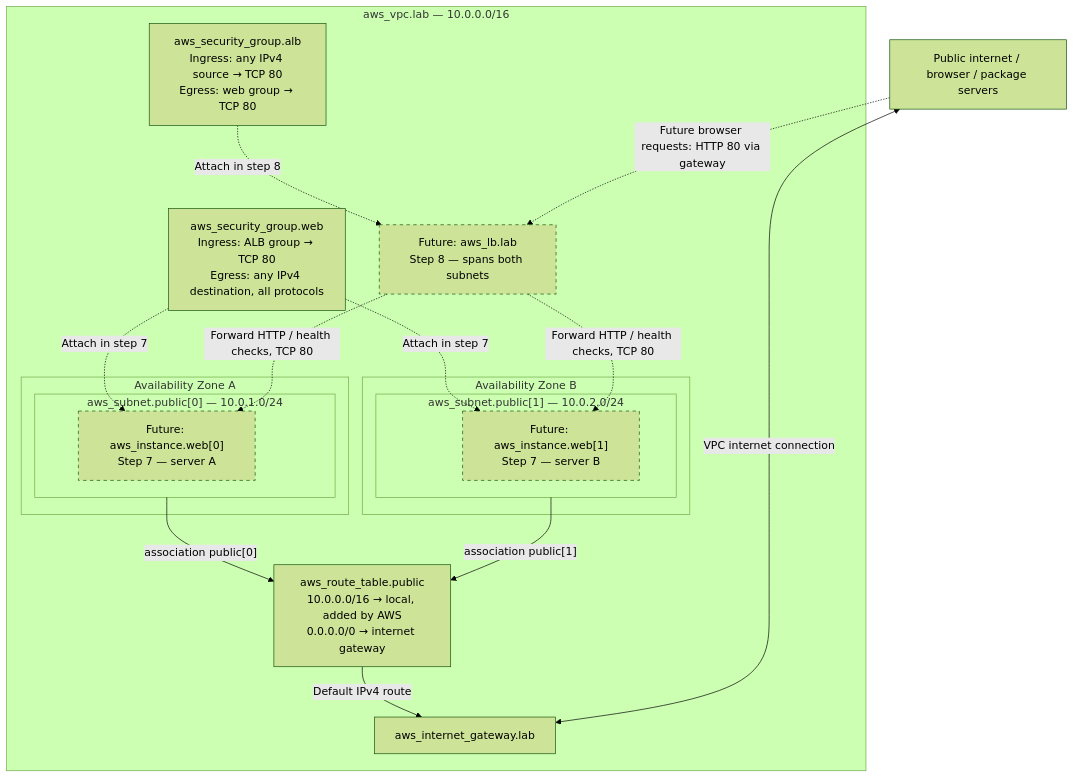
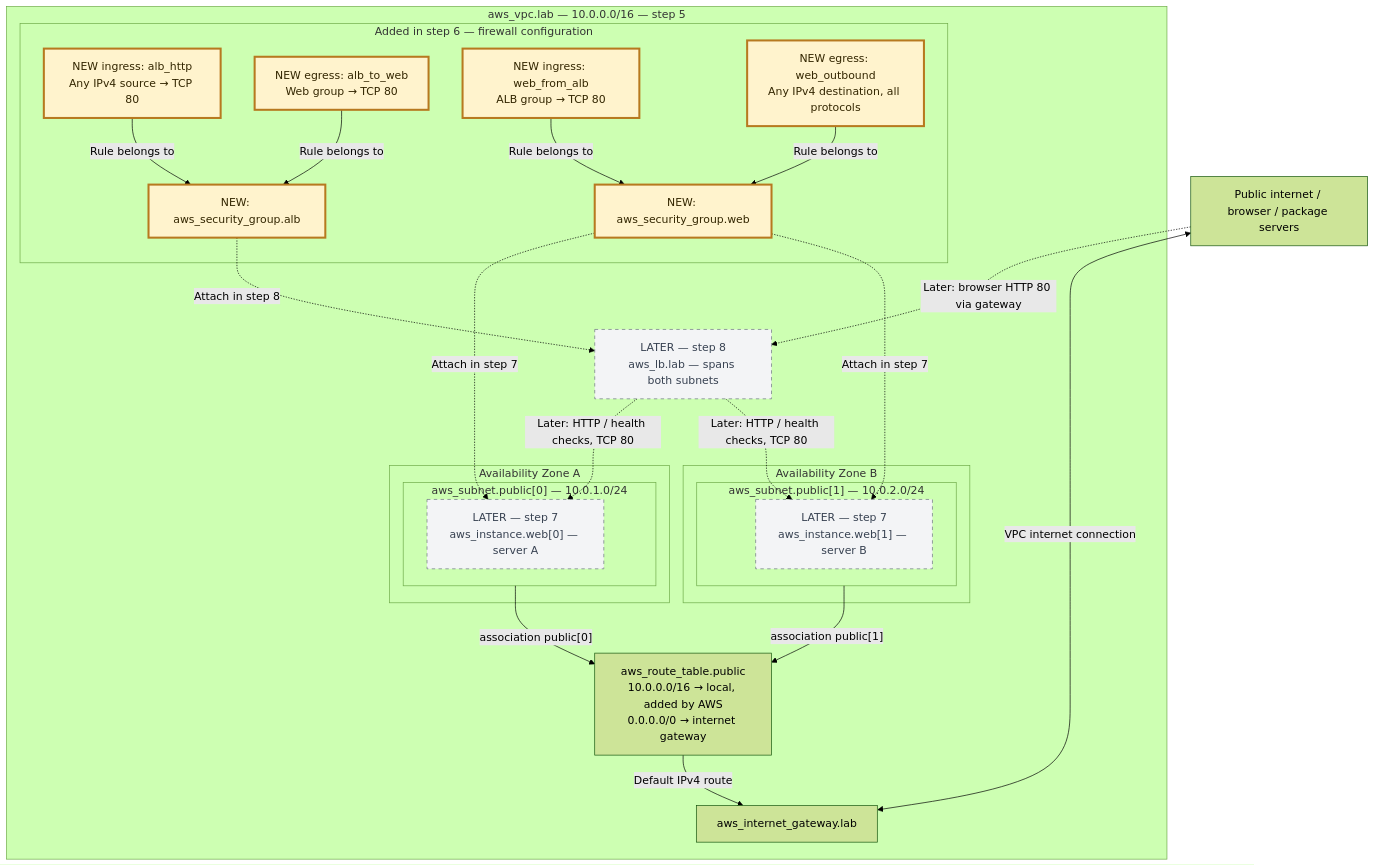
Before and after one commit to tfung/terraform-alb-lab: the fifth of 5 diagrams in INSTRUCTIONS.md, drawn with Mermaid (forest theme). The commit also changed other lines of this file, not shown here.

Commit message:
docs: highlight new security resources in architecture diagram

````diff
--- a/INSTRUCTIONS.md
+++ b/INSTRUCTIONS.md
@@ -366,33 +368,45 @@
 ```mermaid
 flowchart TB
     INTERNET["Public internet / browser / package servers"]
-    subgraph VPC["aws_vpc.lab — 10.0.0.0/16"]
+    subgraph VPC["aws_vpc.lab — 10.0.0.0/16 — step 5"]
         IGW["aws_internet_gateway.lab"]
         RT["aws_route_table.public<br/>10.0.0.0/16 → local, added by AWS<br/>0.0.0.0/0 → internet gateway"]
         subgraph AZ0["Availability Zone A"]
             subgraph SUB0["aws_subnet.public[0] — 10.0.1.0/24"]
-                EC0["Future: aws_instance.web[0]<br/>Step 7 — server A"]
+                EC0["LATER — step 7<br/>aws_instance.web[0] — server A"]
             end
         end
         subgraph AZ1["Availability Zone B"]
             subgraph SUB1["aws_subnet.public[1] — 10.0.2.0/24"]
-                EC1["Future: aws_instance.web[1]<br/>Step 7 — server B"]
+                EC1["LATER — step 7<br/>aws_instance.web[1] — server B"]
             end
         end
-        ALB["Future: aws_lb.lab<br/>Step 8 — spans both subnets"]
-        ALBSG["aws_security_group.alb<br/>Ingress: any IPv4 source → TCP 80<br/>Egress: web group → TCP 80"]
-        WEBSG["aws_security_group.web<br/>Ingress: ALB group → TCP 80<br/>Egress: any IPv4 destination, all protocols"]
+        ALB["LATER — step 8<br/>aws_lb.lab — spans both subnets"]
+        subgraph NEW["Added in step 6 — firewall configuration"]
+            ALBSG["NEW: aws_security_group.alb"]
+            WEBSG["NEW: aws_security_group.web"]
+            HTTP["NEW ingress: alb_http<br/>Any IPv4 source → TCP 80"]
+            ALBOUT["NEW egress: alb_to_web<br/>Web group → TCP 80"]
+            WEBIN["NEW ingress: web_from_alb<br/>ALB group → TCP 80"]
+            WEBOUT["NEW egress: web_outbound<br/>Any IPv4 destination, all protocols"]
+            HTTP -->|"Rule belongs to"| ALBSG
+            ALBOUT -->|"Rule belongs to"| ALBSG
+            WEBIN -->|"Rule belongs to"| WEBSG
+            WEBOUT -->|"Rule belongs to"| WEBSG
+        end
         SUB0 -->|"association public[0]"| RT
         SUB1 -->|"association public[1]"| RT
         RT -->|"Default IPv4 route"| IGW
         ALBSG -.->|"Attach in step 8"| ALB
         WEBSG -.->|"Attach in step 7"| EC0
         WEBSG -.->|"Attach in step 7"| EC1
-        ALB -.->|"Forward HTTP / health checks, TCP 80"| EC0
-        ALB -.->|"Forward HTTP / health checks, TCP 80"| EC1
+        ALB -.->|"Later: HTTP / health checks, TCP 80"| EC0
+        ALB -.->|"Later: HTTP / health checks, TCP 80"| EC1
     end
     IGW <-->|"VPC internet connection"| INTERNET
-    INTERNET -.->|"Future browser requests: HTTP 80 via gateway"| ALB
-    classDef future stroke-dasharray: 5 5;
-    class ALB,EC0,EC1 future;
+    INTERNET -.->|"Later: browser HTTP 80 via gateway"| ALB
+    classDef added fill:#fff3cd,stroke:#b7791f,stroke-width:3px,color:#332600;
+    classDef later fill:#f3f4f6,stroke:#6b7280,stroke-dasharray:5 5,color:#374151;
+    class ALBSG,WEBSG,HTTP,ALBOUT,WEBIN,WEBOUT added;
+    class ALB,EC0,EC1 later;
 ```
````
